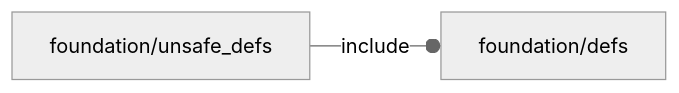
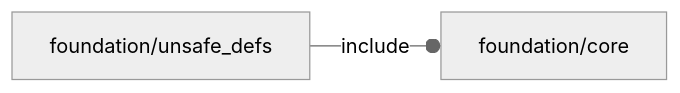
The diagram in orthodocs/foundation/unsafe_defs.md (ggabbiani/OFL), drawn with Mermaid (neutral theme) before and after one commit. The commit also changed other lines of this file and 81 other files, not shown here.

Commit message:
foundation/defs.scad renamed as foundation/core.scad

````diff
--- a/orthodocs/foundation/unsafe_defs.md
+++ b/orthodocs/foundation/unsafe_defs.md
@@ -5,4 +5,4 @@
 ```mermaid
 graph LR
-    A1[foundation/unsafe_defs] --o|include| A2[foundation/defs]
+    A1[foundation/unsafe_defs] --o|include| A2[foundation/core]
 ```
````
